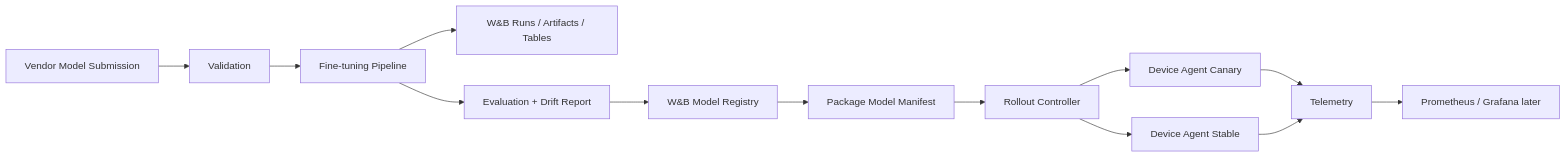
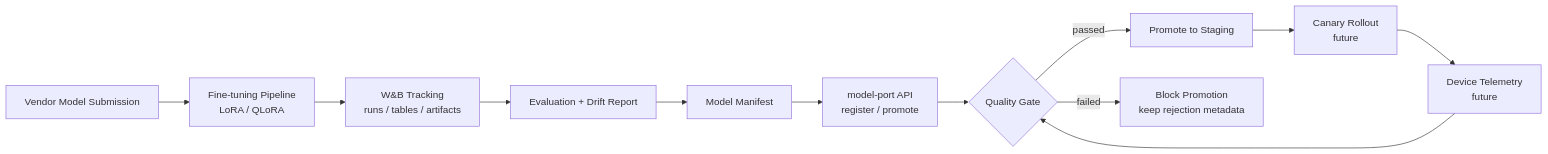
Before and after one commit to ziwon/model-port-gateway: the diagram in README.md, drawn with Mermaid. The commit also changed other lines of this file and 3 other files, not shown here.

Commit message:
docs: document model-port architecture and eval evidence

````diff
--- a/README.md
+++ b/README.md
@@ -25,15 +39,14 @@
 ```mermaid
 flowchart LR
-  V["Vendor Model Submission"] --> VAL["Validation"]
-  VAL --> FT["Fine-tuning Pipeline"]
-  FT --> WB["W&B Runs / Artifacts / Tables"]
-  FT --> EVAL["Evaluation + Drift Report"]
-  EVAL --> MLF["W&B Model Registry"]
-  MLF --> PKG["Package Model Manifest"]
-  PKG --> ROLL["Rollout Controller"]
-  ROLL --> D1["Device Agent Canary"]
-  ROLL --> D2["Device Agent Stable"]
-  D1 --> TEL["Telemetry"]
-  D2 --> TEL
-  TEL --> PROM["Prometheus / Grafana later"]
+  A["Vendor Model Submission"] --> B["Fine-tuning Pipeline<br/>LoRA / QLoRA"]
+  B --> C["W&B Tracking<br/>runs / tables / artifacts"]
+  C --> D["Evaluation + Drift Report"]
+  D --> E["Model Manifest"]
+  E --> F["model-port API<br/>register / promote"]
+  F --> G{"Quality Gate"}
+  G -->|passed| H["Promote to Staging"]
+  G -->|failed| I["Block Promotion<br/>keep rejection metadata"]
+  H --> J["Canary Rollout<br/>future"]
+  J --> K["Device Telemetry<br/>future"]
+  K --> G
 ```
````
